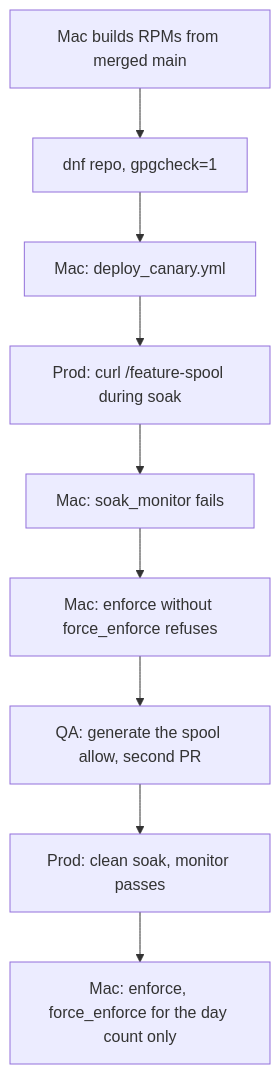
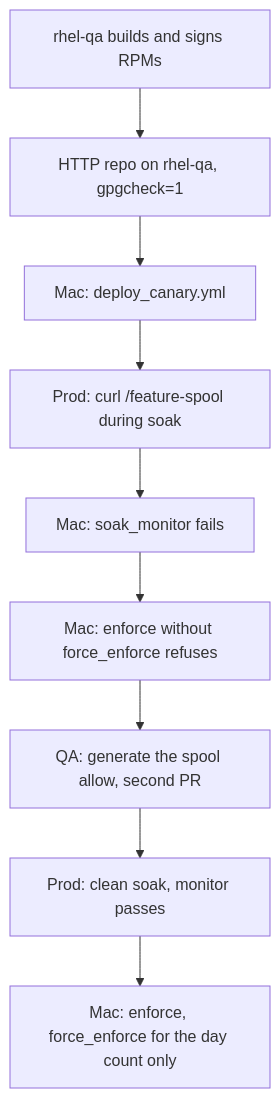
Before and after one commit to anurag-saran/selinux-pac: the seventh of 8 diagrams in docs/demo/302-TECHNICAL.md, drawn with Mermaid. The commit also changed other lines of this file and 10 other files, not shown here.

First line of the commit message:
Sign and publish the policy repo on rhel-qa, and install it with gpgcheck.

````diff
--- a/docs/demo/302-TECHNICAL.md
+++ b/docs/demo/302-TECHNICAL.md
@@ -158,11 +158,11 @@
 ```mermaid
 flowchart TD
-  rpm["Mac builds RPMs from merged main"] --> repo["dnf repo, gpgcheck=1"]
+  rpm["rhel-qa builds and signs RPMs"] --> repo["HTTP repo on rhel-qa, gpgcheck=1"]
   repo --> canary["Mac: deploy_canary.yml"]
   canary --> soak["Prod: curl /feature-spool during soak"]
   soak --> mon["Mac: soak_monitor fails"]
   mon --> refuse["Mac: enforce without force_enforce refuses"]
   refuse --> fix["QA: generate the spool allow, second PR"]
   fix --> clean["Prod: clean soak, monitor passes"]
   clean --> enf["Mac: enforce, force_enforce for the day count only"]
 ```
````
